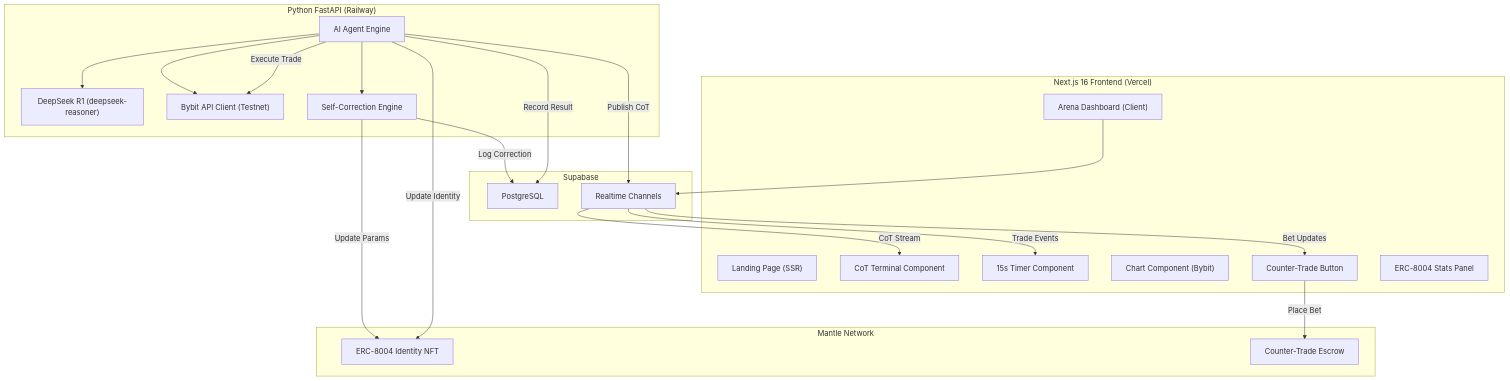
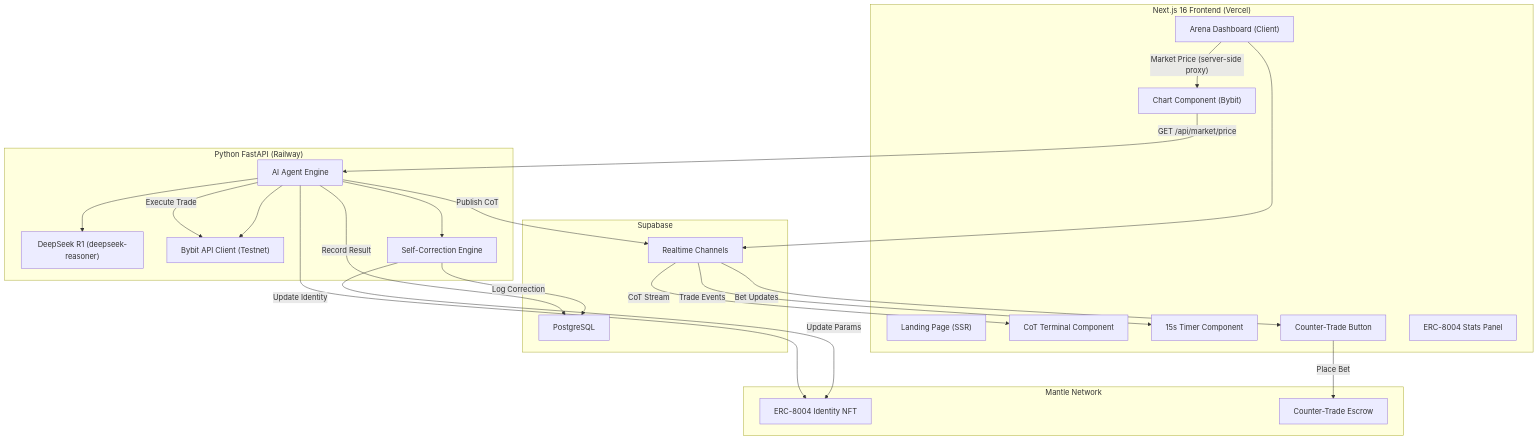
Before and after one commit to edycutjong/turena: the diagram in README.md, drawn with Mermaid. The commit also changed other lines of this file and 4 other files, not shown here.

````diff
--- a/README.md
+++ b/README.md
@@ -56,46 +56,49 @@
 ```mermaid
 graph TB
     subgraph Frontend["Next.js 16 Frontend (Vercel)"]
         LP["Landing Page (SSR)"]
         AD["Arena Dashboard (Client)"]
         COT["CoT Terminal Component"]
         TMR["15s Timer Component"]
         CHT["Chart Component (Bybit)"]
         BET["Counter-Trade Button"]
         NFT["ERC-8004 Stats Panel"]
     end
 
     subgraph Backend["Python FastAPI (Railway)"]
         AGT["AI Agent Engine"]
         RSN["DeepSeek R1 (deepseek-reasoner)"]
         BYB["Bybit API Client (Testnet)"]
         SCE["Self-Correction Engine"]
     end
 
     subgraph Supabase["Supabase"]
         DB["PostgreSQL"]
         RT["Realtime Channels"]
     end
 
     subgraph Mantle["Mantle Network"]
         ERC["ERC-8004 Identity NFT"]
         ESC["Counter-Trade Escrow"]
     end
 
     AD --> RT
     RT -->|"CoT Stream"| COT
     RT -->|"Trade Events"| TMR
     RT -->|"Bet Updates"| BET
 
+    AD -->|"Market Price (server-side proxy)"| CHT
+    CHT -->|"GET /api/market/price"| AGT
+
     AGT -->|"Publish CoT"| RT
     AGT --> RSN
     AGT --> BYB
     AGT --> SCE
 
     SCE -->|"Update Params"| ERC
     SCE -->|"Log Correction"| DB
     BET -->|"Place Bet"| ESC
     AGT -->|"Execute Trade"| BYB
     AGT -->|"Record Result"| DB
     AGT -->|"Update Identity"| ERC
 ```
````
